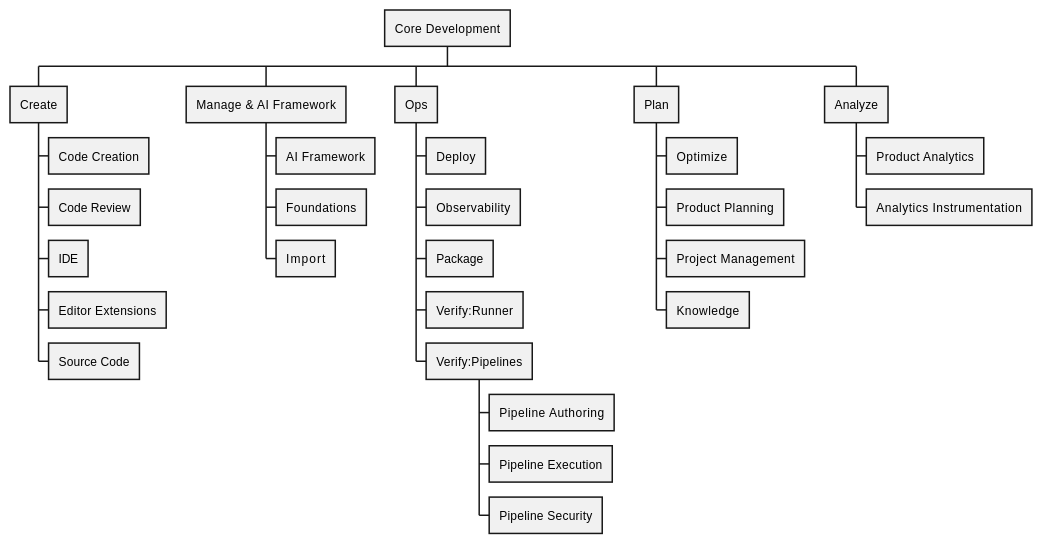
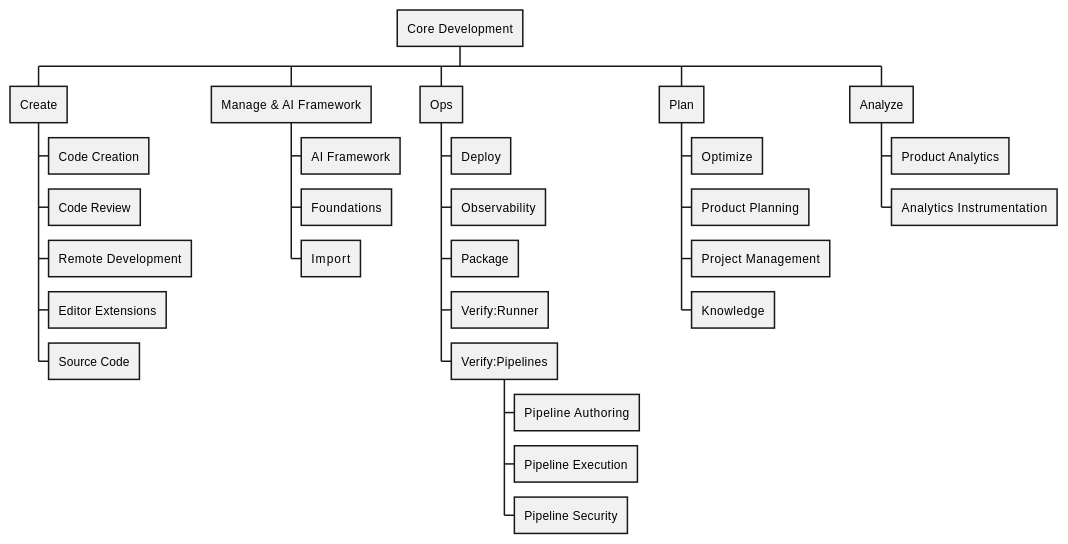
One commit to secretstartups/handbook changed the diagram in content/handbook/engineering/core-development.md. Above: the diagram before and after it, drawn with PlantUML. The commit also changed other lines of this file and 33 other files, not shown here.

Commit message:
Renaming to Remote Development group with Workspace and WebIDE categories

````diff
--- a/content/handbook/engineering/core-development.md
+++ b/content/handbook/engineering/core-development.md
@@ -45,32 +45,32 @@
 ```plantuml
 @startwbs
 * Core Development
 ** Create
 *** Code Creation
 *** Code Review
-*** IDE
+*** Remote Development
 *** Editor Extensions
 *** Source Code
 ** Manage & AI Framework
 *** AI Framework
 *** Foundations
 *** Import
 ** Ops
 *** Deploy
 *** Observability
 *** Package
 *** Verify:Runner
 *** Verify:Pipelines
 **** Pipeline Authoring
 **** Pipeline Execution
 **** Pipeline Security
 ** Plan
 *** Optimize
 *** Product Planning
 *** Project Management
 *** Knowledge
 ** Analyze
 *** Product Analytics
 *** Analytics Instrumentation
 @endwbs
 ```
````
